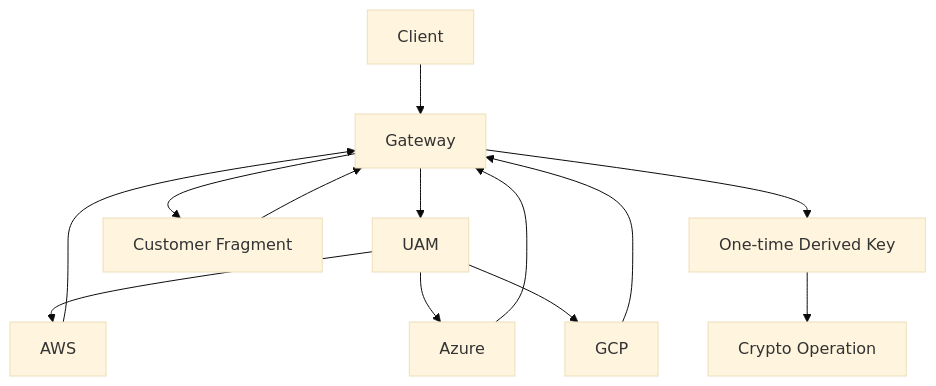
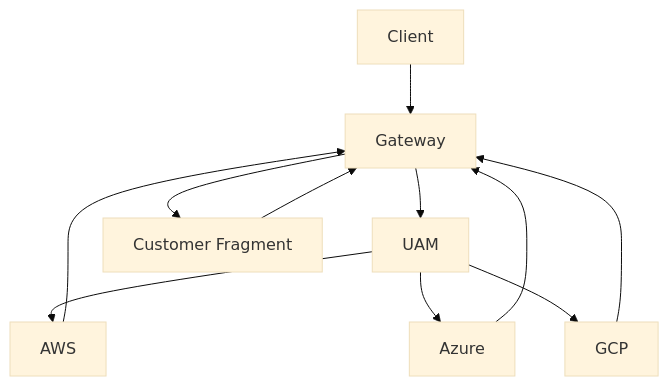
One commit to akeylesslabs/technical-documentation changed the diagram in docs/Getting Started/dfc-1.md. Above: the diagram before and after it, drawn with Mermaid (base theme).

Commit message:
Update doc `dfc-1`

````diff
--- a/docs/Getting Started/dfc-1.md
+++ b/docs/Getting Started/dfc-1.md
@@ -51,16 +51,14 @@
 ```mermaid
 graph TD
     C[Client] --> G[Gateway]
     G --> U[UAM]
     U --> K1[AWS]
     U --> K2[Azure]
     U --> K3[GCP]
     G --> CF[Customer Fragment]
     K1 --> G
     K2 --> G
     K3 --> G
     CF --> G
-    G --> KD[One-time Derived Key]
-    KD --> O[Crypto Operation]
 
 ```
````
